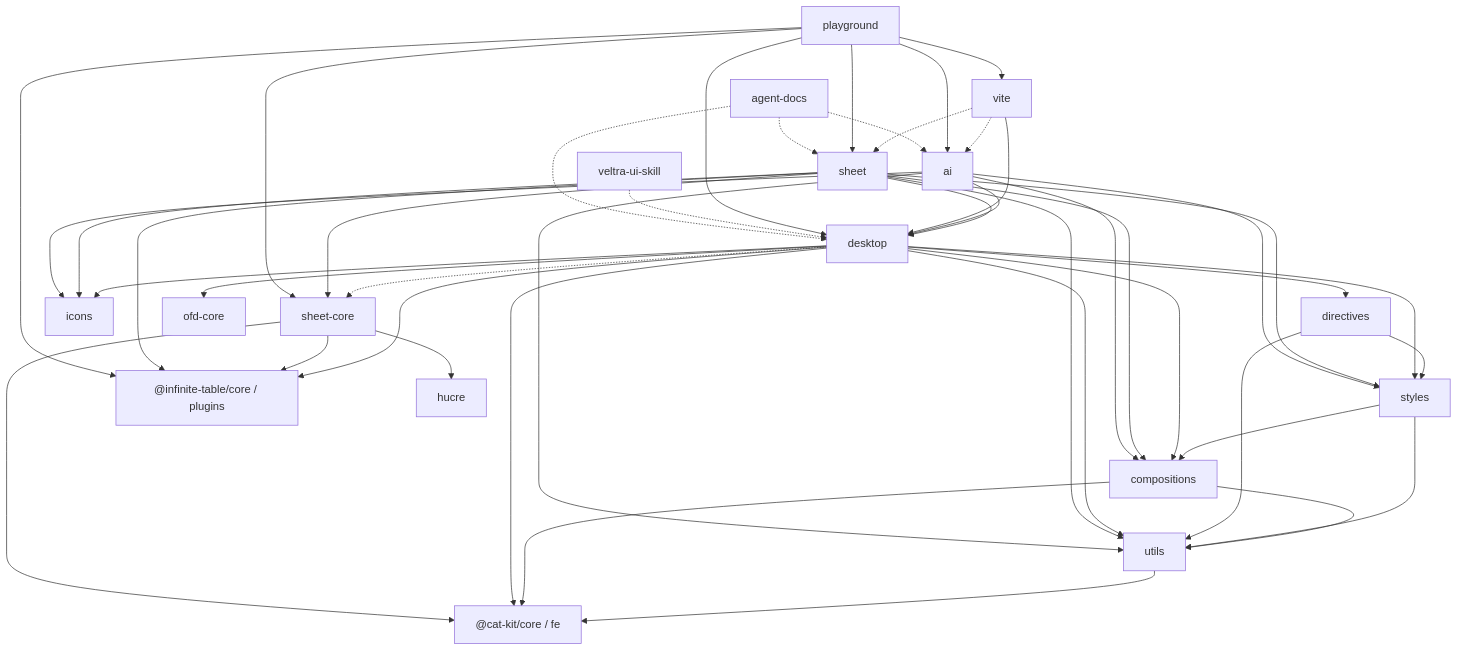
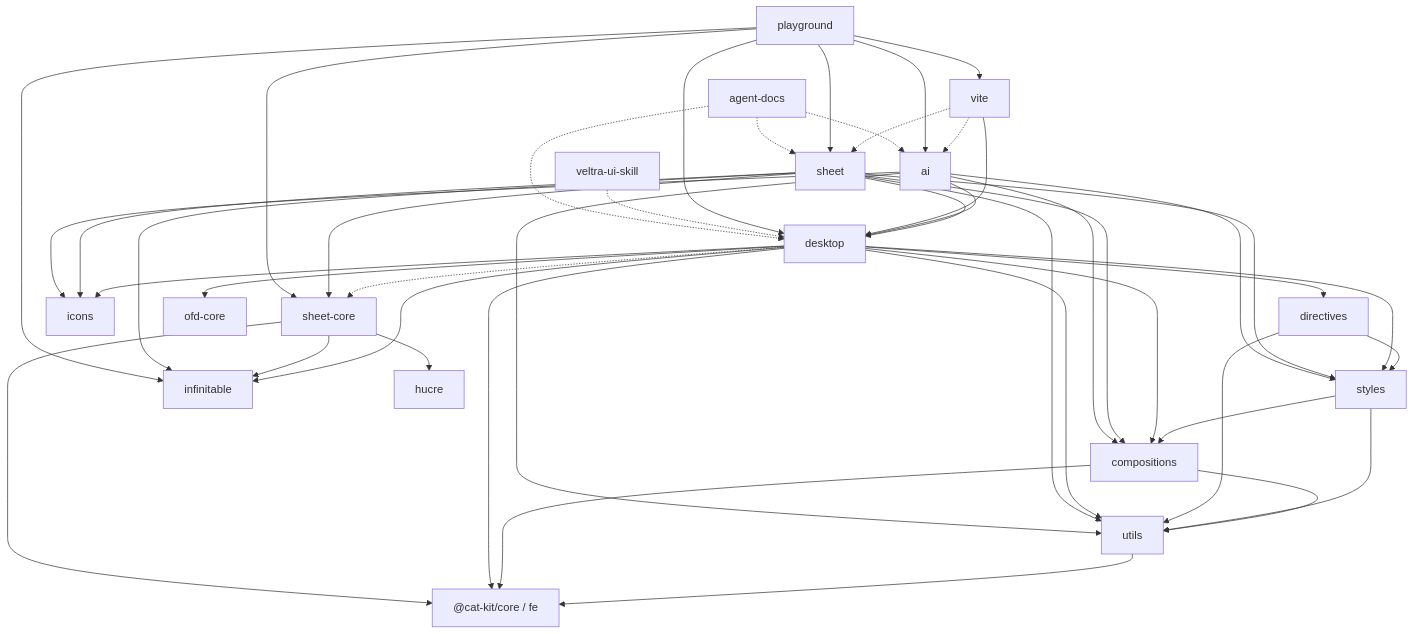
Before and after one commit to cabinet-fe/ultra-ui: the diagram in .agents/docs/CODE-MAP.md, drawn with Mermaid. The commit also changed other lines of this file and 3 other files, not shown here.

First line of the commit message:
docs(sheet,sheet-core): 文档同步 infinitable 引擎接线

````diff
--- a/.agents/docs/CODE-MAP.md
+++ b/.agents/docs/CODE-MAP.md
@@ -60,63 +60,63 @@
 ```mermaid
 graph TD
   catkit["@cat-kit/core / fe"]
   utils["utils"]
   compositions["compositions"]
   styles["styles"]
   directives["directives"]
   icons["icons"]
   desktop["desktop"]
   sheetCore["sheet-core"]
   sheet["sheet"]
   ai["ai"]
   ofdCore["ofd-core"]
   vitePkg["vite"]
   playground["playground"]
   skill["veltra-ui-skill"]
   agentDocs["agent-docs"]
 
   utils --> catkit
   compositions --> utils
   compositions --> catkit
   styles --> compositions
   styles --> utils
   directives --> styles
   directives --> utils
   desktop --> utils
   desktop --> styles
   desktop --> compositions
   desktop --> directives
   desktop --> icons
   desktop --> catkit
   desktop -.-> sheetCore
   desktop --> ofdCore
-  desktop --> infTable["@infinite-table/core / plugins"]
+  desktop --> infTable["infinitable"]
   sheetCore --> hucre["hucre"]
   sheetCore --> infTable
   sheetCore --> catkit
   sheet --> sheetCore
   sheet --> infTable
   sheet --> desktop
   sheet --> icons
   sheet --> styles
   sheet --> utils
   sheet --> compositions
   ai --> desktop
   ai --> icons
   ai --> styles
   ai --> utils
   ai --> compositions
   vitePkg --> desktop
   vitePkg -.-> ai
   vitePkg -.-> sheet
   playground --> desktop
   playground --> ai
   playground --> sheet
   playground --> sheetCore
   playground --> infTable
   playground --> vitePkg
   skill -.-> desktop
   agentDocs -.-> desktop
   agentDocs -.-> ai
   agentDocs -.-> sheet
 ```
````
